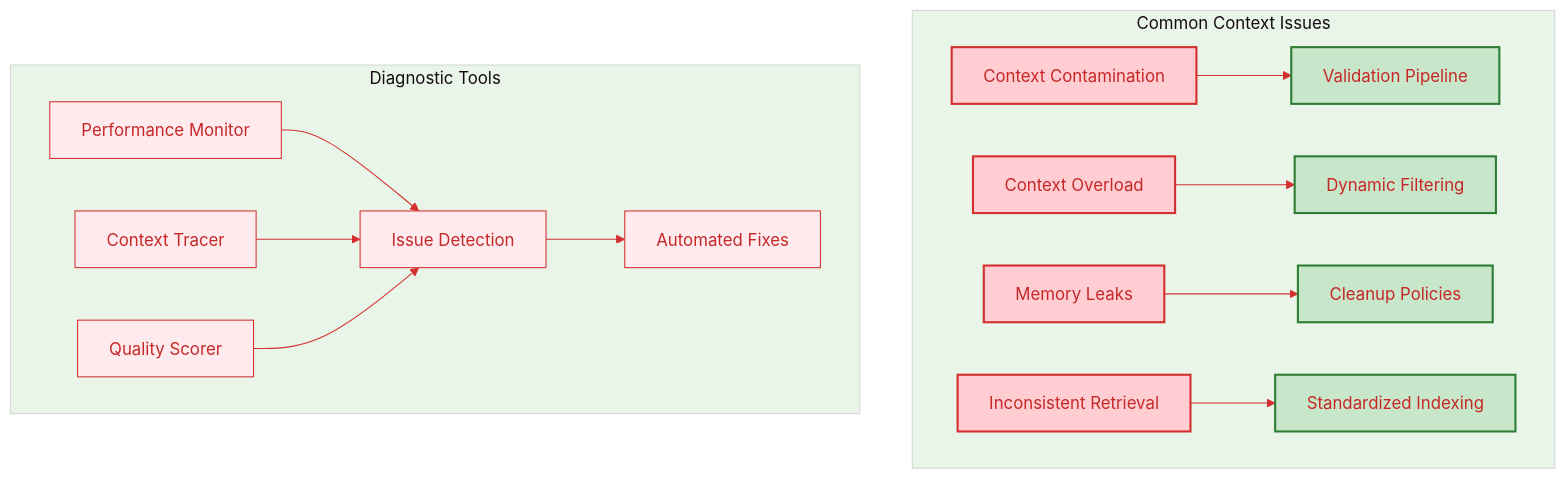
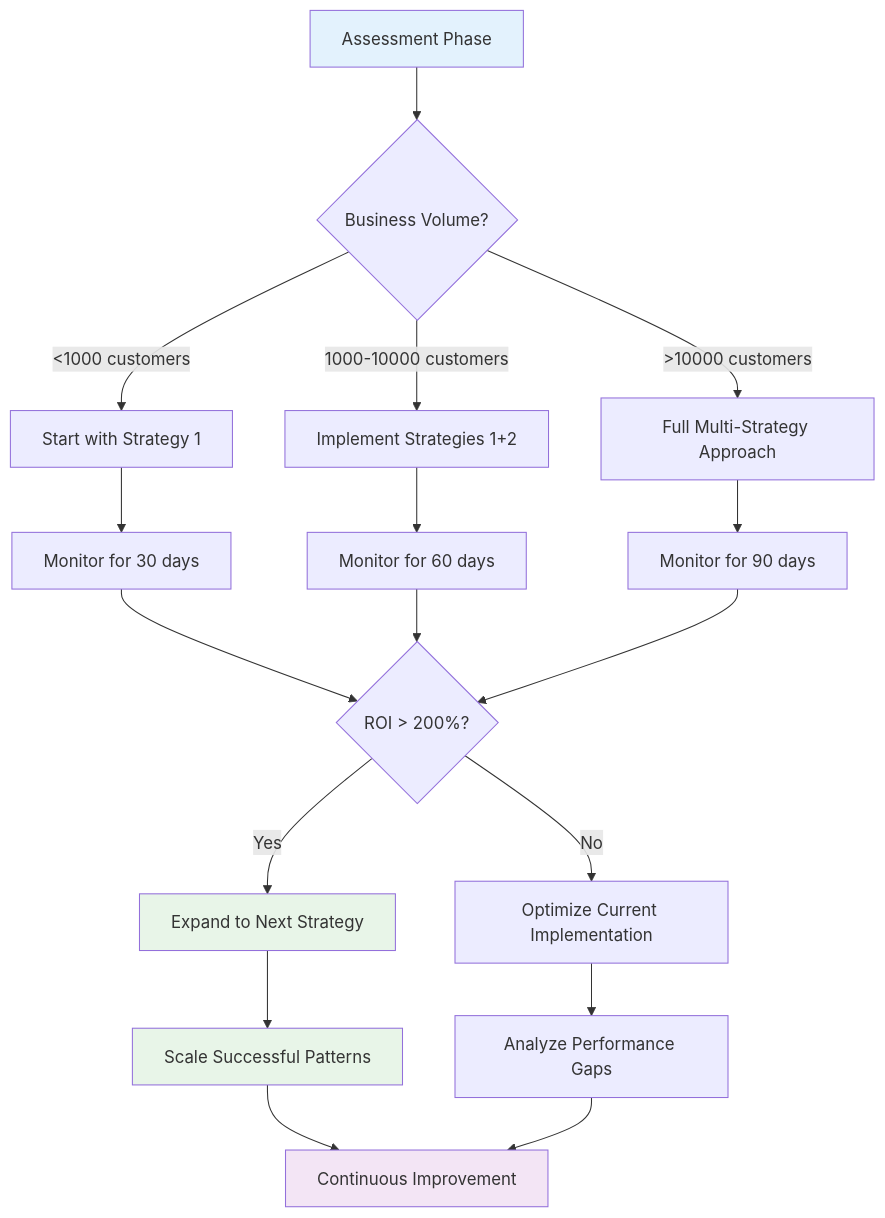
One commit to raphaelmansuy/tutorials changed the fifth of 5 diagrams in 37-contex.md. Above: the diagram before and after it, drawn with Mermaid. The commit also changed other lines of this file, not shown here.

Commit message:
Implement code changes to enhance functionality and improve performance

````diff
--- a/37-contex.md
+++ b/37-contex.md
@@ -1231,26 +1465,29 @@
 ```mermaid
-%%{init: {'theme':'base', 'themeVariables': { 'primaryColor': '#ffebee', 'primaryTextColor': '#c62828', 'primaryBorderColor': '#d32f2f', 'lineColor': '#d32f2f', 'secondaryColor': '#fff3e0', 'tertiaryColor': '#e8f5e8', 'background': '#ffffff', 'mainBkg': '#ffebee', 'secondBkg': '#fff3e0', 'tertiaryBkg': '#e8f5e8'}}}%%
 flowchart TD
-    subgraph "Common Context Issues"
-        A[Context Contamination] --> B[Validation Pipeline]
-        C[Context Overload] --> D[Dynamic Filtering]
-        E[Memory Leaks] --> F[Cleanup Policies]
-        G[Inconsistent Retrieval] --> H[Standardized Indexing]
-    end
-    
-    subgraph "Diagnostic Tools"
-        I[Performance Monitor] --> J[Issue Detection]
-        K[Context Tracer] --> J
-        L[Quality Scorer] --> J
-        J --> M[Automated Fixes]
-    end
-    
-    style A fill:#ffcdd2,stroke:#d32f2f,stroke-width:2px
-    style C fill:#ffcdd2,stroke:#d32f2f,stroke-width:2px
-    style E fill:#ffcdd2,stroke:#d32f2f,stroke-width:2px
-    style G fill:#ffcdd2,stroke:#d32f2f,stroke-width:2px
-    style B fill:#c8e6c9,stroke:#2e7d32,stroke-width:2px
-    style D fill:#c8e6c9,stroke:#2e7d32,stroke-width:2px
-    style F fill:#c8e6c9,stroke:#2e7d32,stroke-width:2px
-    style H fill:#c8e6c9,stroke:#2e7d32,stroke-width:2px
+    A[Assessment Phase] --> B{Business Volume?}
+    B -->|<1000 customers| C[Start with Strategy 1]
+    B -->|1000-10000 customers| D[Implement Strategies 1+2]
+    B -->|>10000 customers| E[Full Multi-Strategy Approach]
+
+    C --> F[Monitor for 30 days]
+    D --> G[Monitor for 60 days]
+    E --> H[Monitor for 90 days]
+
+    F --> I{ROI > 200%?}
+    G --> I
+    H --> I
+
+    I -->|Yes| J[Expand to Next Strategy]
+    I -->|No| K[Optimize Current Implementation]
+
+    J --> L[Scale Successful Patterns]
+    K --> M[Analyze Performance Gaps]
+
+    L --> N[Continuous Improvement]
+    M --> N
+
+    style A fill:#e3f2fd
+    style J fill:#e8f5e8
+    style L fill:#e8f5e8
+    style N fill:#f3e5f5
 ```
````
